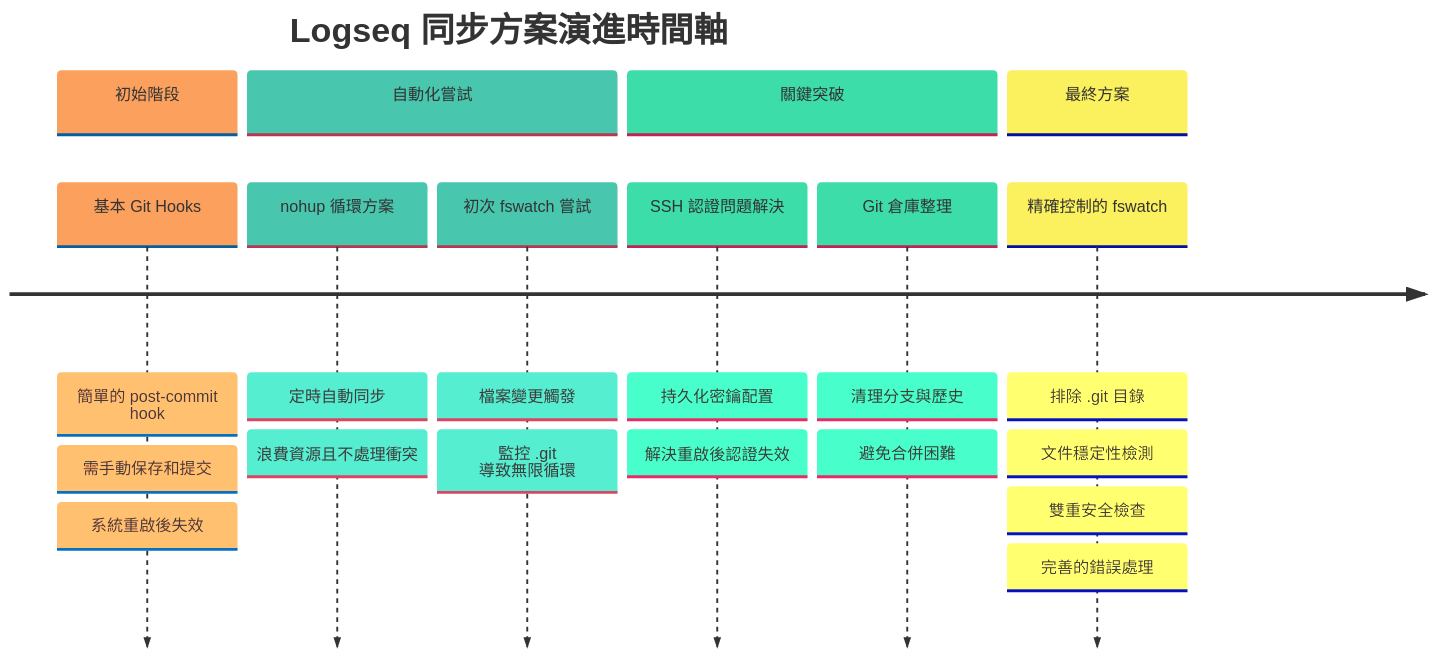
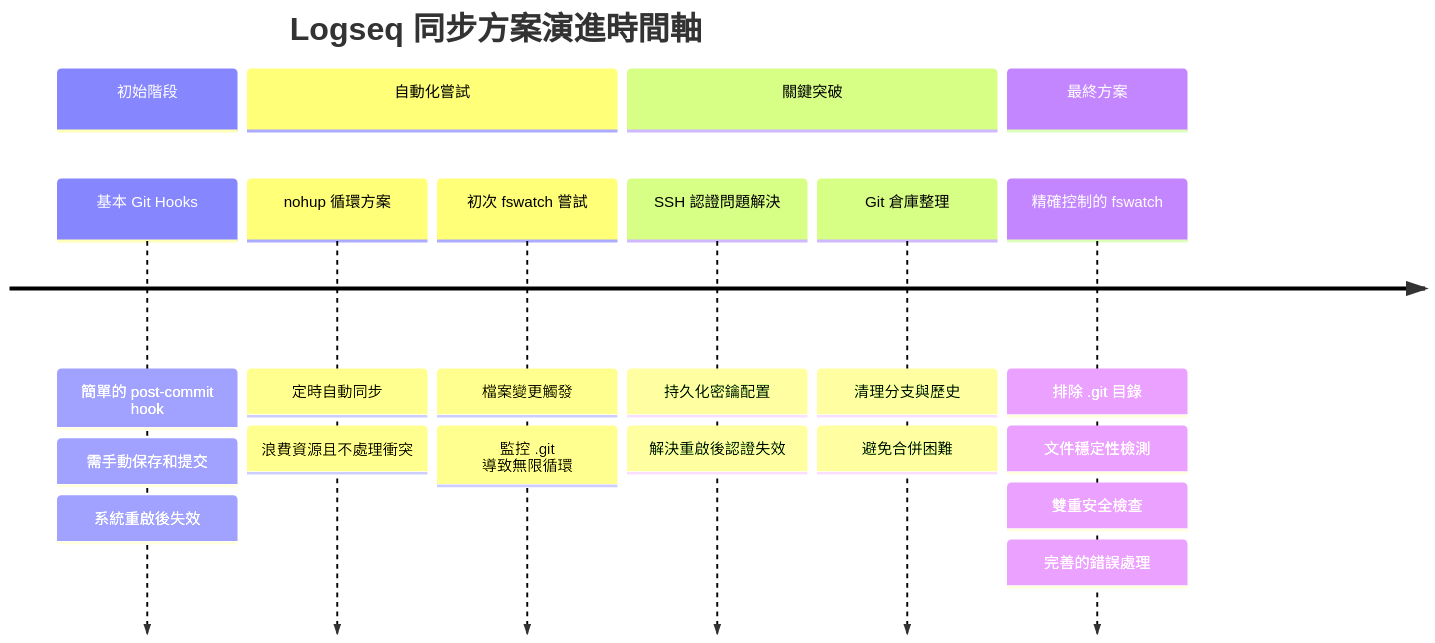
One commit to GengGeng026/Sync-Logseq changed the first of 2 diagrams in Logseq同步方案演進記錄.md. Above: the diagram before and after it, drawn with Mermaid.

Commit message:
Auto saved by Logseq

````diff
--- a/Logseq同步方案演進記錄.md
+++ b/Logseq同步方案演進記錄.md
@@ -24,46 +24,39 @@
 ```mermaid
 %%{init: {
   'theme': 'base', 
   'themeVariables': {
     'primaryColor': '#FEE9D9',
     'secondaryColor': '#A9E4D9',
     'tertiaryColor': '#A9F0D9',
     'lineColor': '#A9D9D9',
     'primaryBorderColor': '#A9D9D9',
     'background': 'transparent',
     'clusterBkg': 'transparent',
     'titleColor': '#FEE9D9',
     'fontFamily': 'default',
     'fontSize': '17px',
     'fontWeight': 'normal',
-    'fontStyle': 'normal',
-    'fontColor': '#EEFFFF',
-    'titleFontFamily': 'default',
-    'titleFontSize': '17px',
-    'titleFontWeight': 'normal',
-    'titleFontStyle': 'normal',
-    'titleFontColor': '#EEFFFF'
   }
 }}%%
 timeline
     title Logseq 同步方案演進時間軸
     section 初始階段
         基本 Git Hooks : 簡單的 post-commit hook
         : 需手動保存和提交
         : 系統重啟後失效
     section 自動化嘗試
         nohup 循環方案 : 定時自動同步
         : 浪費資源且不處理衝突
         初次 fswatch 嘗試 : 檔案變更觸發
         : 監控 .git 導致無限循環
     section 關鍵突破
         SSH 認證問題解決 : 持久化密鑰配置
         : 解決重啟後認證失效
         Git 倉庫整理 : 清理分支與歷史
         : 避免合併困難
     section 最終方案
         精確控制的 fswatch : 排除 .git 目錄
         : 文件穩定性檢測
         : 雙重安全檢查
         : 完善的錯誤處理
 ```
````
